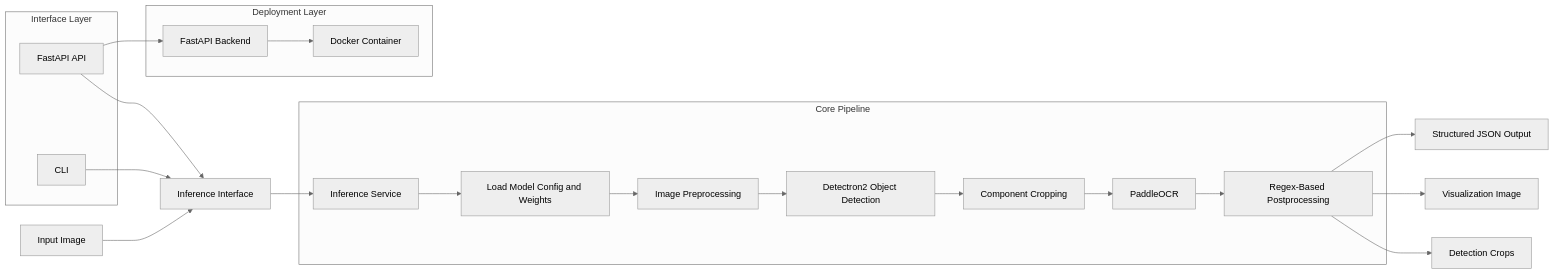
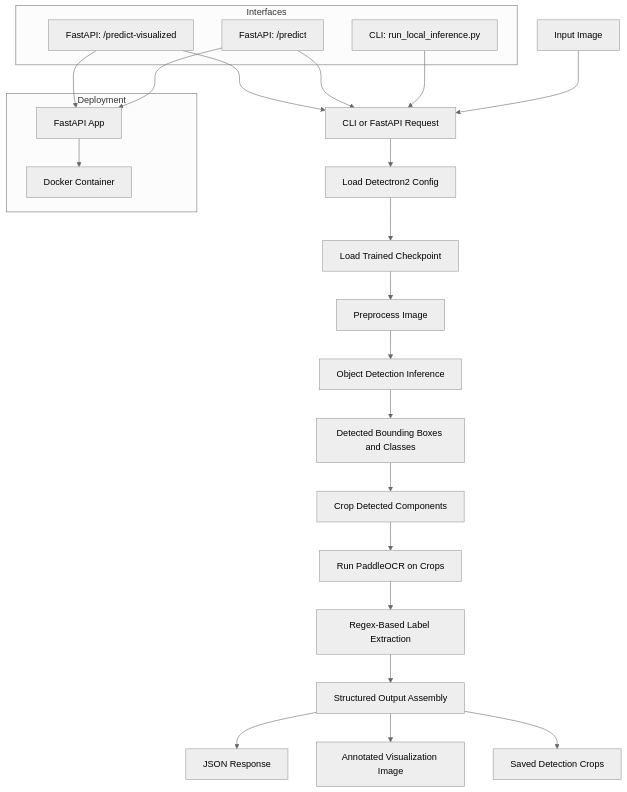
The diagram in README.md (fazafau/industrial-vision-inference-service), drawn with Mermaid (neutral theme) before and after one commit.

Commit message:
Revise flowchart in README for inference and deployment
Updated the flowchart to reflect changes in the inference interface and deployment layers, including new CLI and FastAPI endpoints.

````diff
--- a/README.md
+++ b/README.md
@@ -8,34 +8,38 @@
 ```mermaid
-flowchart LR
-    A[Input Image] --> B[Inference Interface]
+flowchart TD
+    A[Input Image] --> B[CLI or FastAPI Request]
 
-    subgraph Interface Layer
-        B1[CLI]
-        B2[FastAPI API]
+    B --> C[Load Detectron2 Config]
+    C --> D[Load Trained Checkpoint]
+    D --> E[Preprocess Image]
+    E --> F[Object Detection Inference]
+
+    F --> G[Detected Bounding Boxes and Classes]
+    G --> H[Crop Detected Components]
+    H --> I[Run PaddleOCR on Crops]
+    I --> J[Regex-Based Label Extraction]
+
+    J --> K[Structured Output Assembly]
+    K --> L[JSON Response]
+    K --> M[Annotated Visualization Image]
+    K --> N[Saved Detection Crops]
+
+    subgraph Interfaces
+        B1[CLI: run_local_inference.py]
+        B2[FastAPI: /predict]
+        B3[FastAPI: /predict-visualized]
     end
 
-    B --> C[Inference Service]
     B1 --> B
     B2 --> B
+    B3 --> B
 
-    subgraph Core Pipeline
-        C --> D[Load Model Config and Weights]
-        D --> E[Image Preprocessing]
-        E --> F[Detectron2 Object Detection]
-        F --> G[Component Cropping]
-        G --> H[PaddleOCR]
-        H --> I[Regex-Based Postprocessing]
+    subgraph Deployment
+        O[FastAPI App]
+        P[Docker Container]
     end
 
-    I --> J[Structured JSON Output]
-    I --> K[Visualization Image]
-    I --> L[Detection Crops]
-
-    subgraph Deployment Layer
-        M[FastAPI Backend]
-        N[Docker Container]
-    end
-
-    B2 --> M
-    M --> N
+    O --> P
+    B2 --> O
+    B3 --> O
 ```
````
